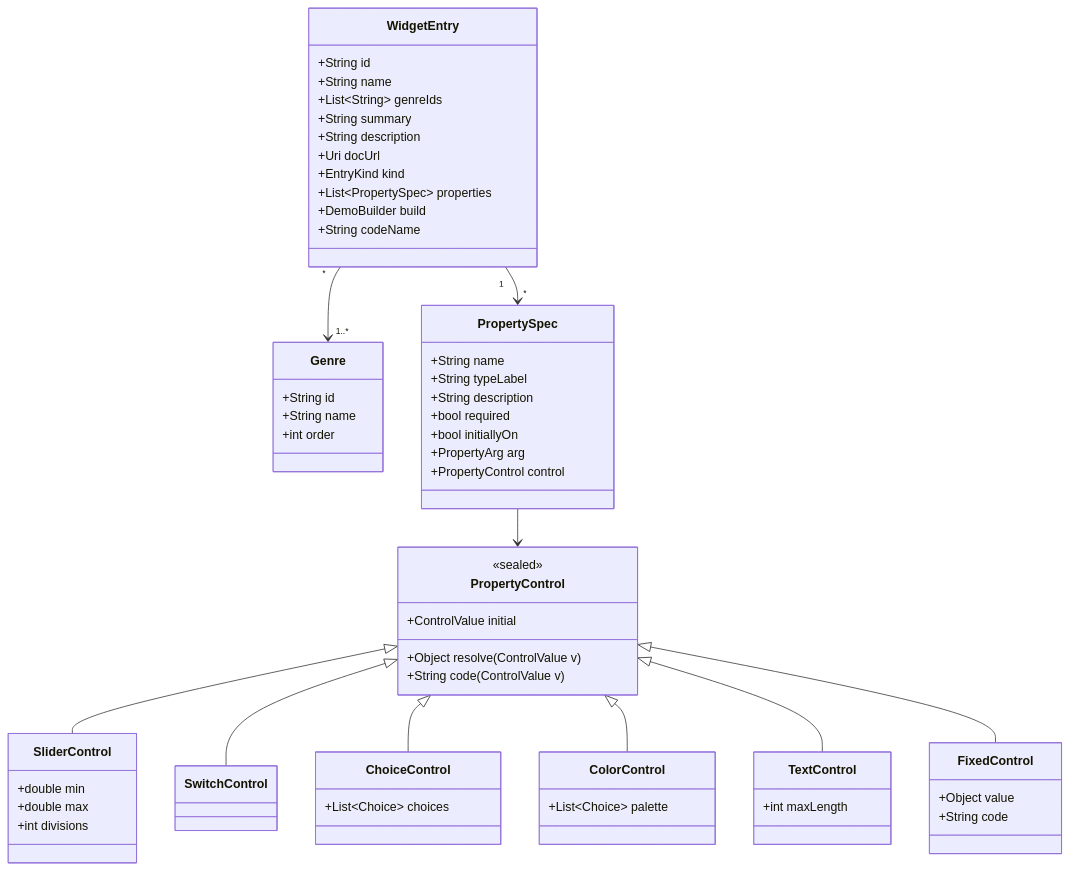
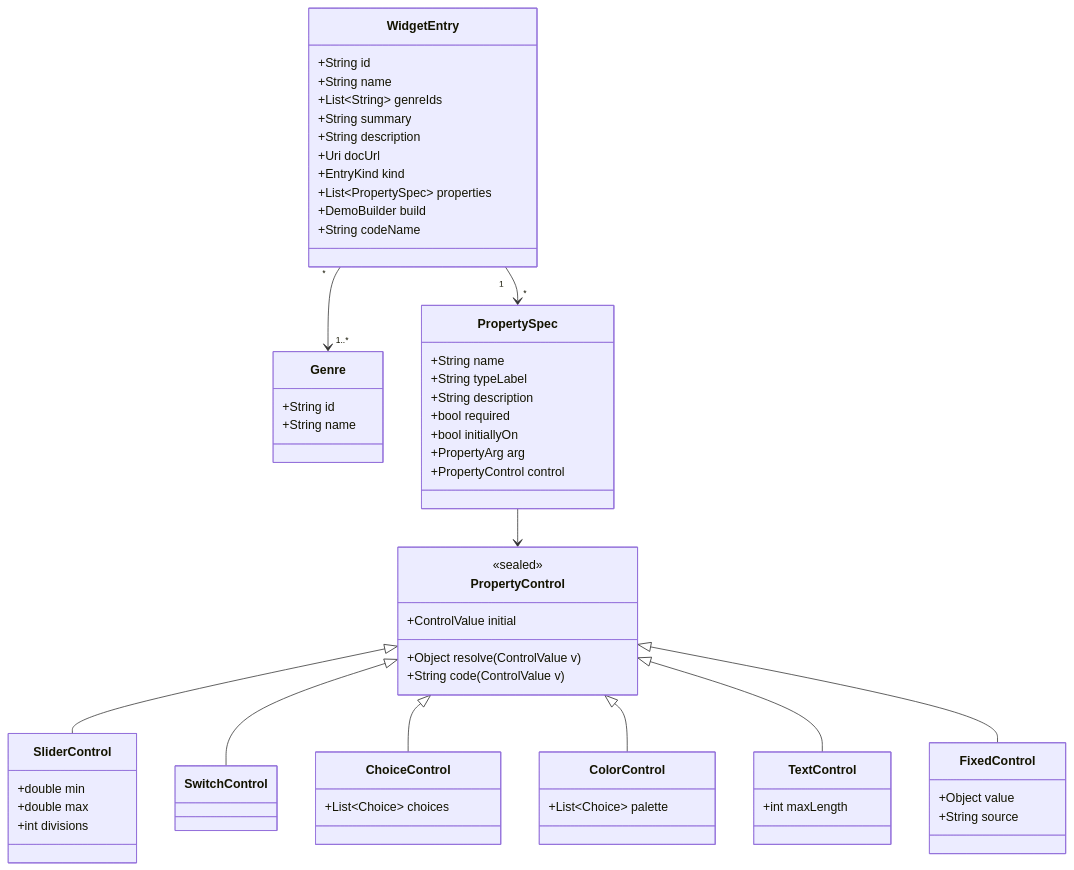
One commit to masa-futa/widget-lab changed the first of 6 diagrams in docs/design/functions/demo-engine.md. Above: the diagram before and after it, drawn with Mermaid. The commit also changed other lines of this file and 1 other file, not shown here.

````diff
--- a/docs/design/functions/demo-engine.md
+++ b/docs/design/functions/demo-engine.md
@@ -23,63 +23,62 @@
 ```mermaid
 classDiagram
     class Genre {
         +String id
         +String name
-        +int order
     }
     class WidgetEntry {
         +String id
         +String name
         +List~String~ genreIds
         +String summary
         +String description
         +Uri docUrl
         +EntryKind kind
         +List~PropertySpec~ properties
         +DemoBuilder build
         +String codeName
     }
     class PropertySpec {
         +String name
         +String typeLabel
         +String description
         +bool required
         +bool initiallyOn
         +PropertyArg arg
         +PropertyControl control
     }
     class PropertyControl {
         <<sealed>>
         +ControlValue initial
         +Object resolve(ControlValue v)
         +String code(ControlValue v)
     }
     class SliderControl {
         +double min
         +double max
         +int divisions
     }
     class SwitchControl
     class ChoiceControl {
         +List~Choice~ choices
     }
     class ColorControl {
         +List~Choice~ palette
     }
     class TextControl {
         +int maxLength
     }
     class FixedControl {
         +Object value
-        +String code
+        +String source
     }
     WidgetEntry "1" --> "*" PropertySpec
     WidgetEntry "*" --> "1..*" Genre
     PropertySpec --> PropertyControl
     PropertyControl <|-- SliderControl
     PropertyControl <|-- SwitchControl
     PropertyControl <|-- ChoiceControl
     PropertyControl <|-- ColorControl
     PropertyControl <|-- TextControl
     PropertyControl <|-- FixedControl
 ```
````
